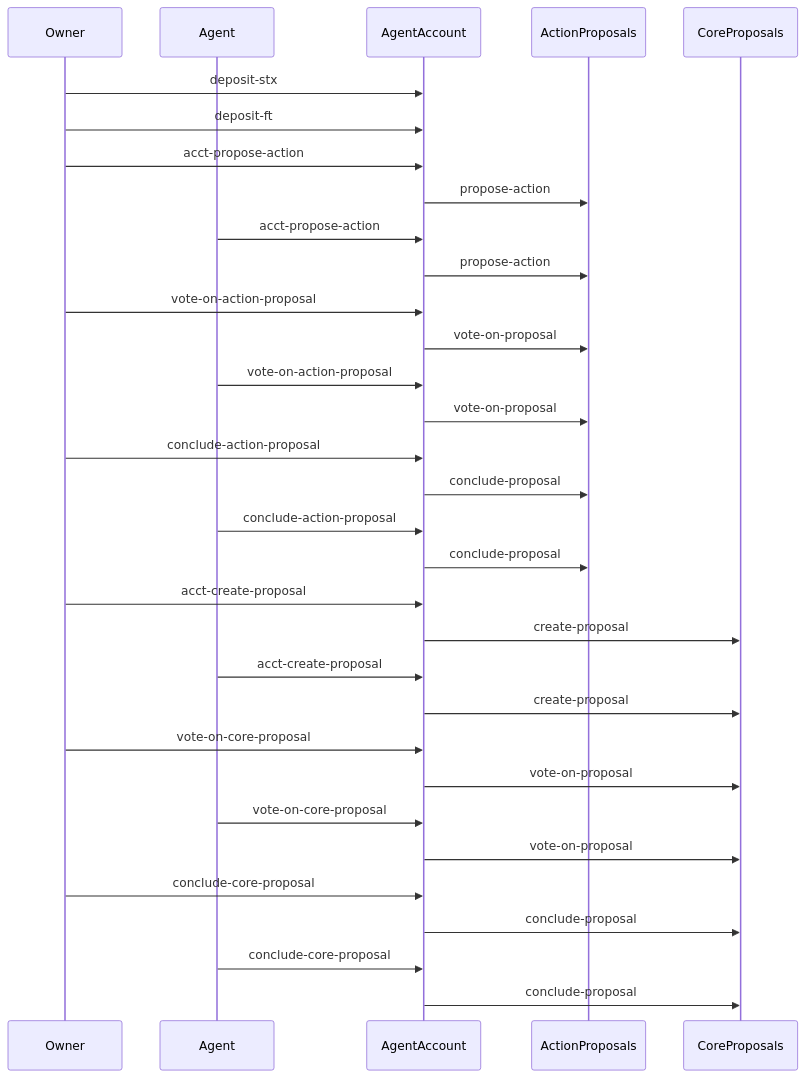
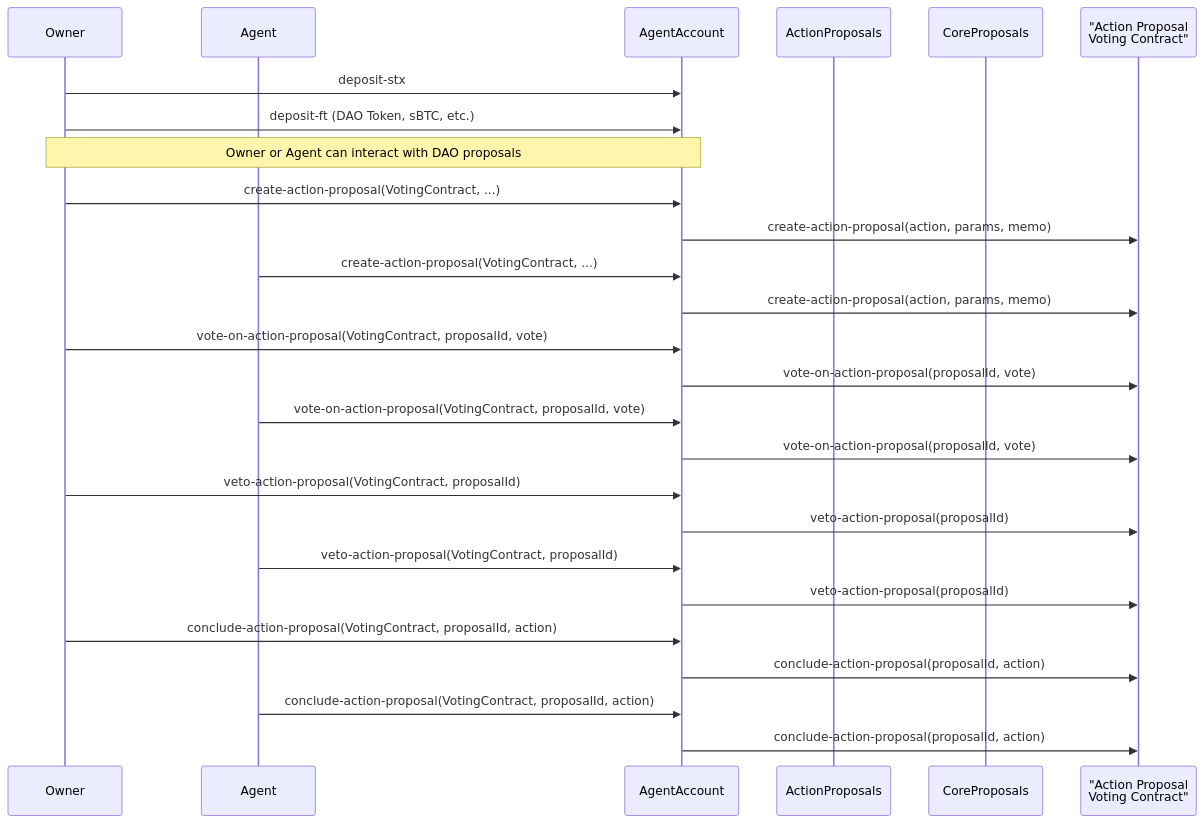
One commit to aibtcdev/aibtcdev-docs changed the first of 2 diagrams in aibtc-contracts/agent-account/README.md. Above: the diagram before and after it, drawn with Mermaid. The commit also changed other lines of this file, not shown here.

Commit message:
chore: Update aibtc-agent-account README with latest contract info

````diff
--- a/aibtc-contracts/agent-account/README.md
+++ b/aibtc-contracts/agent-account/README.md
@@ -180,47 +178,42 @@
 ```mermaid
 sequenceDiagram
     participant Owner
     participant Agent
     participant AgentAccount
     participant ActionProposals
     participant CoreProposals
     
+    participant Owner
+    participant Agent
+    participant AgentAccount
+    participant VotingContract as "Action Proposal<br/>Voting Contract"
+    
     Owner->>AgentAccount: deposit-stx
-    Owner->>AgentAccount: deposit-ft
+    Owner->>AgentAccount: deposit-ft (DAO Token, sBTC, etc.)
     
-    Owner->>AgentAccount: acct-propose-action
-    AgentAccount->>ActionProposals: propose-action
+    Note over Owner, AgentAccount: Owner or Agent can interact with DAO proposals
     
-    Agent->>AgentAccount: acct-propose-action
-    AgentAccount->>ActionProposals: propose-action
+    Owner->>AgentAccount: create-action-proposal(VotingContract, ...)
+    AgentAccount->>VotingContract: create-action-proposal(action, params, memo)
     
-    Owner->>AgentAccount: vote-on-action-proposal
-    AgentAccount->>ActionProposals: vote-on-proposal
+    Agent->>AgentAccount: create-action-proposal(VotingContract, ...)
+    AgentAccount->>VotingContract: create-action-proposal(action, params, memo)
     
-    Agent->>AgentAccount: vote-on-action-proposal
-    AgentAccount->>ActionProposals: vote-on-proposal
+    Owner->>AgentAccount: vote-on-action-proposal(VotingContract, proposalId, vote)
+    AgentAccount->>VotingContract: vote-on-action-proposal(proposalId, vote)
     
-    Owner->>AgentAccount: conclude-action-proposal
-    AgentAccount->>ActionProposals: conclude-proposal
+    Agent->>AgentAccount: vote-on-action-proposal(VotingContract, proposalId, vote)
+    AgentAccount->>VotingContract: vote-on-action-proposal(proposalId, vote)
+
+    Owner->>AgentAccount: veto-action-proposal(VotingContract, proposalId)
+    AgentAccount->>VotingContract: veto-action-proposal(proposalId)
+
+    Agent->>AgentAccount: veto-action-proposal(VotingContract, proposalId)
+    AgentAccount->>VotingContract: veto-action-proposal(proposalId)
     
-    Agent->>AgentAccount: conclude-action-proposal
-    AgentAccount->>ActionProposals: conclude-proposal
+    Owner->>AgentAccount: conclude-action-proposal(VotingContract, proposalId, action)
+    AgentAccount->>VotingContract: conclude-action-proposal(proposalId, action)
     
-    Owner->>AgentAccount: acct-create-proposal
-    AgentAccount->>CoreProposals: create-proposal
-    
-    Agent->>AgentAccount: acct-create-proposal
-    AgentAccount->>CoreProposals: create-proposal
-    
-    Owner->>AgentAccount: vote-on-core-proposal
-    AgentAccount->>CoreProposals: vote-on-proposal
-    
-    Agent->>AgentAccount: vote-on-core-proposal
-    AgentAccount->>CoreProposals: vote-on-proposal
-    
-    Owner->>AgentAccount: conclude-core-proposal
-    AgentAccount->>CoreProposals: conclude-proposal
-    
-    Agent->>AgentAccount: conclude-core-proposal
-    AgentAccount->>CoreProposals: conclude-proposal
+    Agent->>AgentAccount: conclude-action-proposal(VotingContract, proposalId, action)
+    AgentAccount->>VotingContract: conclude-action-proposal(proposalId, action)
 ```
````
